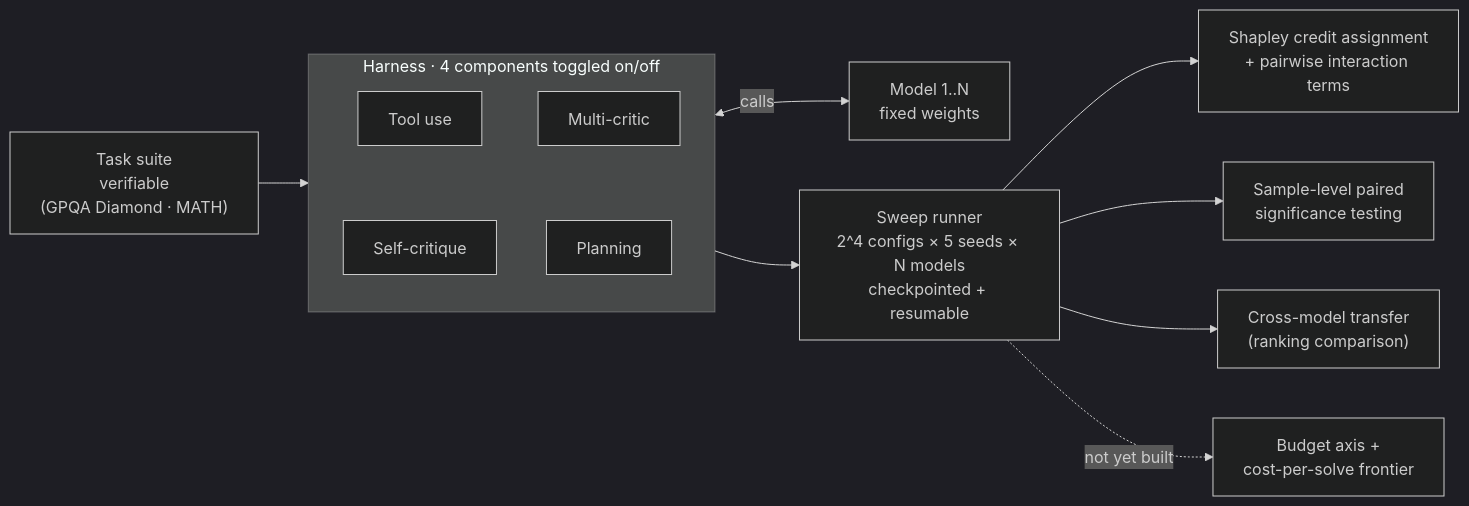
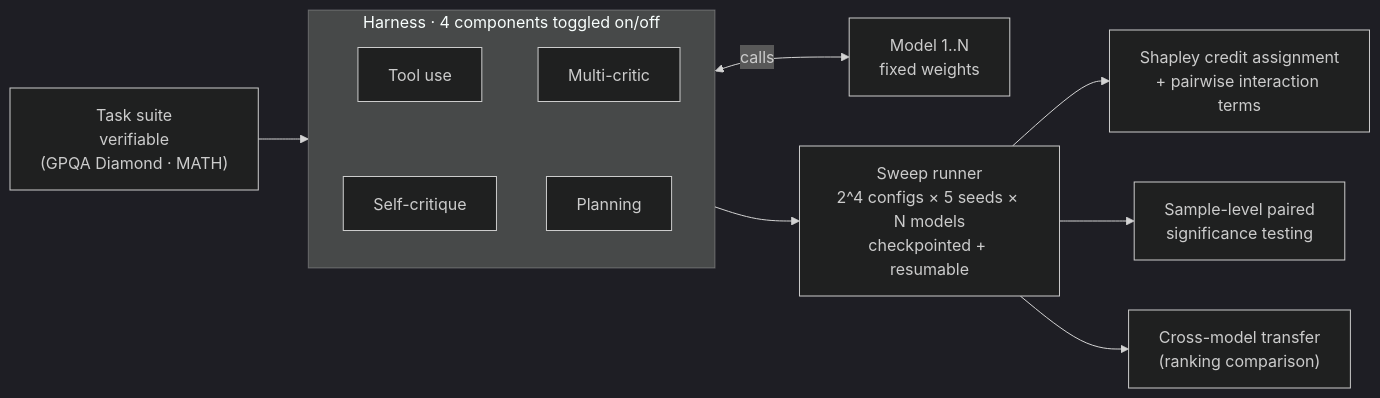
One commit to nicolu0/elicitation-harness changed the diagram in README.md. Above: the diagram before and after it, drawn with Mermaid (dark theme). The commit also changed other lines of this file and 1 other file, not shown here.

````diff
--- a/README.md
+++ b/README.md
@@ -79,15 +74,14 @@
 ```mermaid
 flowchart LR
     T["Task suite\nverifiable\n(GPQA Diamond · MATH)"] --> S
     subgraph S[Harness · 4 components toggled on/off]
       direction TB
       C1[Tool use] ~~~ C2[Self-critique]
       C3[Multi-critic] ~~~ C4[Planning]
     end
     S <-->|calls| M["Model 1..N\nfixed weights"]
     S --> R["Sweep runner\n2^4 configs × 5 seeds × N models\ncheckpointed + resumable"]
     R --> A1["Shapley credit assignment\n+ pairwise interaction terms"]
     R --> A2["Sample-level paired\nsignificance testing"]
     R --> A3["Cross-model transfer\n(ranking comparison)"]
-    R -.->|not yet built| A4["Budget axis +\ncost-per-solve frontier"]
 ```
````
